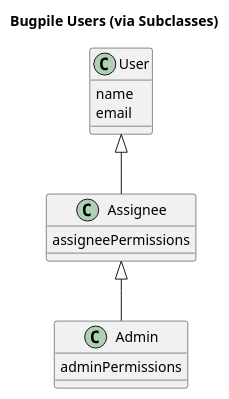
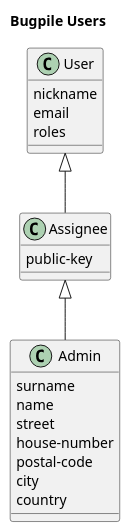
Before and after one commit to bzg/bugpile: diagram 43 of 44 in doc/worg/org-contrib/gsoc2012/student-projects/bugpile/i.org, drawn with PlantUML. The commit also changed other lines of this file and 1 other file, not shown here.

```diff
--- a/doc/worg/org-contrib/gsoc2012/student-projects/bugpile/i.org
+++ b/doc/worg/org-contrib/gsoc2012/student-projects/bugpile/i.org
@@ -1881,8 +1906,8 @@
-#+begin_src plantuml :file ../../../../images/gsoc/2012/bugpile/bugpile-users-class-model-subclass.png 
-  title Bugpile Users (via Subclasses)
-  User : name\nemail
-  Assignee : assigneePermissions
-  Admin : adminPermissions
+#+begin_src plantuml :file ../../../../images/gsoc/2012/bugpile/bugpile-users-example-class-model.png 
+  title Bugpile Users 
+  User : nickname\nemail\nroles
+  Assignee : public-key
+  Admin : surname\nname\nstreet\nhouse-number\npostal-code\ncity\ncountry
   User <|-- Assignee
   Assignee <|-- Admin
 #+end_src
```
